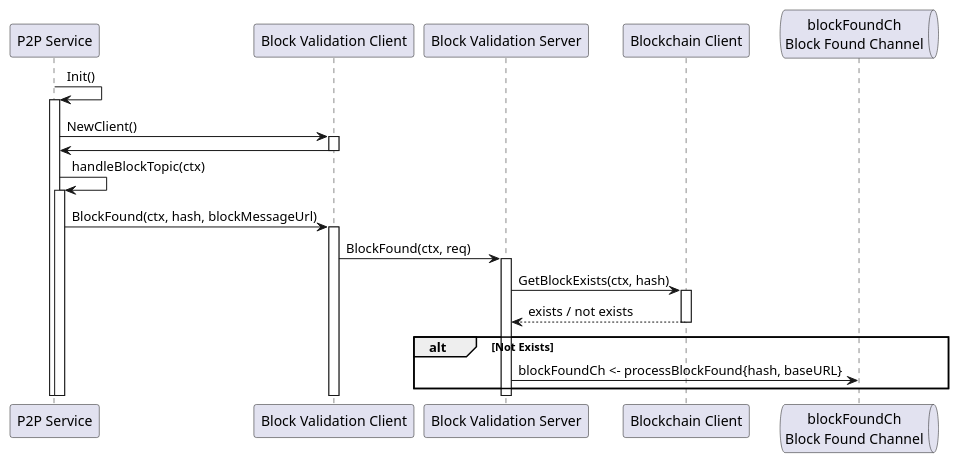
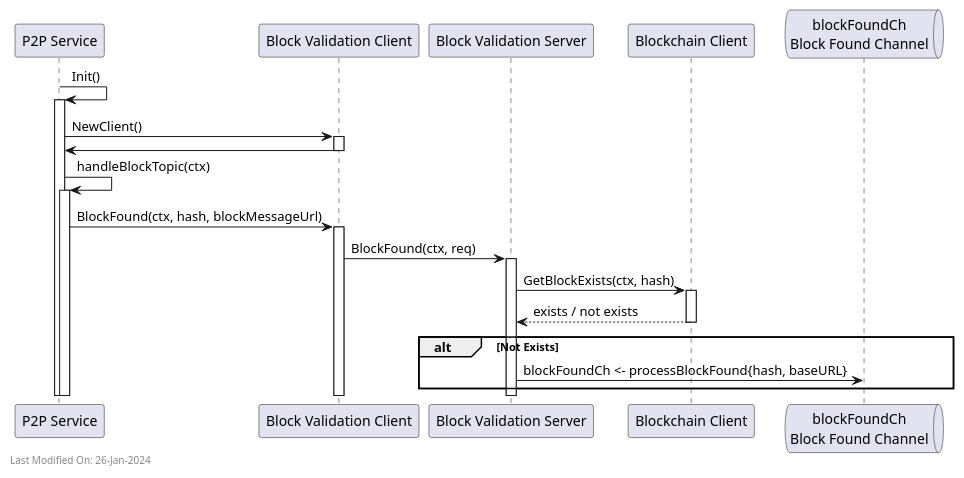
The diagram in docs/services/img/plantuml/blockvalidation/block_validation_p2p_block_found.puml (freemans13/teranode), drawn with PlantUML before and after one commit. The commit also changed 151 other files, not shown here.

Commit message:
Documentation - Correct PlantUML diagrams and timestamp them for traceability

```diff
--- a/docs/services/img/plantuml/blockvalidation/block_validation_p2p_block_found.puml
+++ b/docs/services/img/plantuml/blockvalidation/block_validation_p2p_block_found.puml
@@ -1,39 +1,41 @@
 @startuml
 participant "P2P Service" as P2P
 participant "Block Validation Client" as BVC
 participant "Block Validation Server" as BVS
 participant "Blockchain Client" as BC
 queue "blockFoundCh\nBlock Found Channel" as BFC
 
 P2P -> P2P: Init()
 activate P2P
 
 P2P -> BVC: NewClient()
 
 activate BVC
 BVC -> P2P
 deactivate BVC
 
 P2P -> P2P: handleBlockTopic(ctx)
 activate P2P
 P2P -> BVC: BlockFound(ctx, hash, blockMessageUrl)
 activate BVC
 
 BVC -> BVS: BlockFound(ctx, req)
 activate BVS
 
 BVS -> BC: GetBlockExists(ctx, hash)
 activate BC
 BC --> BVS: exists / not exists
 deactivate BC
 
 alt Not Exists
 BVS -> BFC: blockFoundCh <- processBlockFound{hash, baseURL}
 end
 
 deactivate BVS
 deactivate BVC
 deactivate P2P
 deactivate P2P
 
+left footer Last Modified On: 26-Jan-2024
+
 @enduml
```
